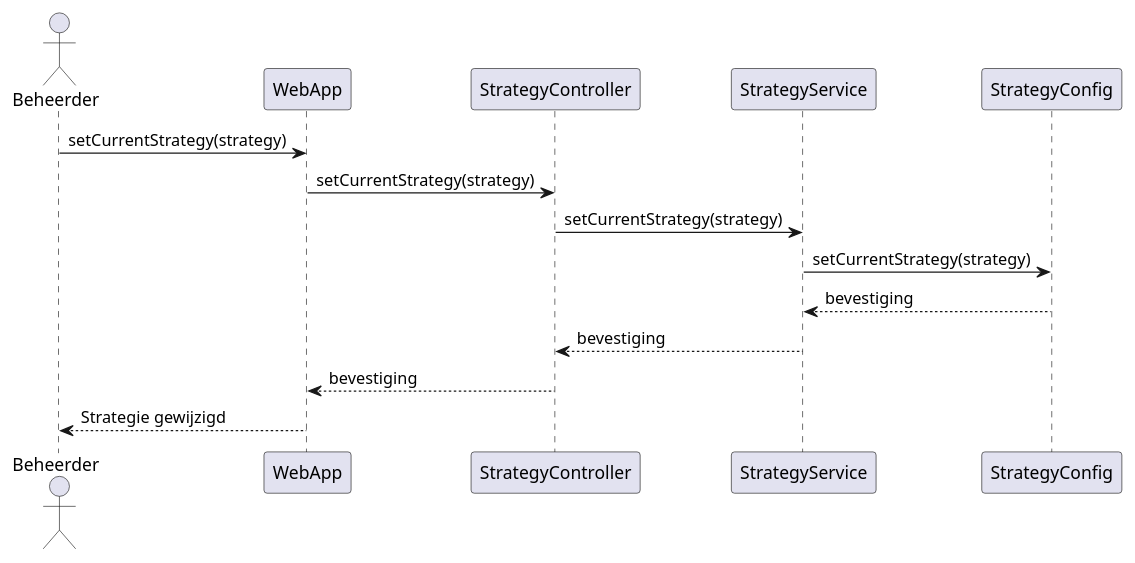
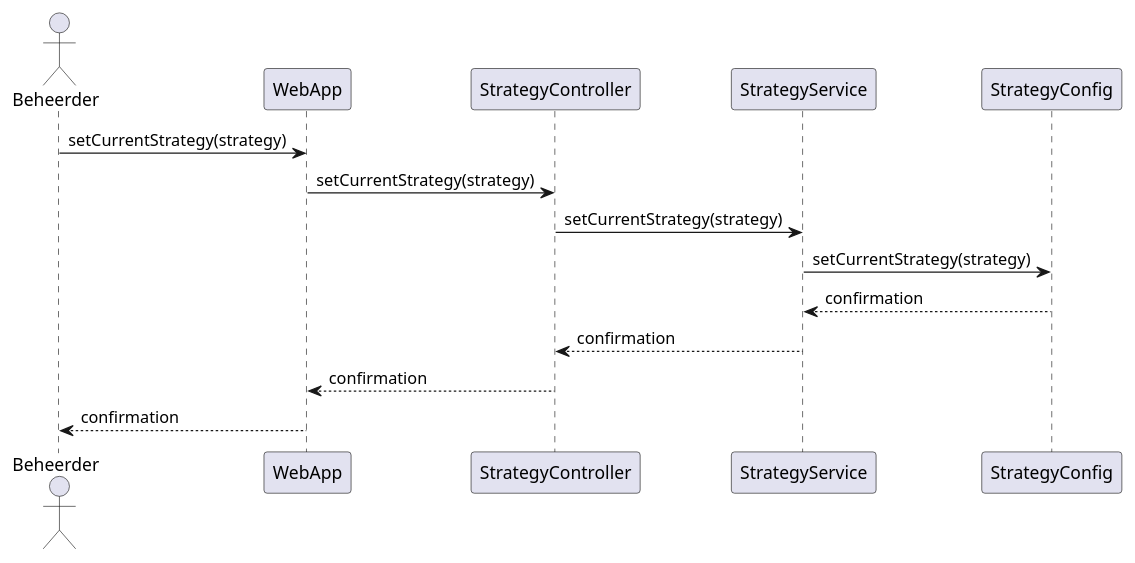
The diagram in diagrammen/sequenceDiagramSwitchAPI.puml (AIM-ENE-feb25/triptop-groep-b2), drawn with PlantUML before and after one commit. The commit also changed 2 other files, not shown here.

```diff
--- a/diagrammen/sequenceDiagramSwitchAPI.puml
+++ b/diagrammen/sequenceDiagramSwitchAPI.puml
@@ -1,16 +1,16 @@
 @startuml
 actor Beheerder
 participant WebApp
 participant StrategyController
 participant StrategyService
 participant StrategyConfig
 
 Beheerder -> WebApp : setCurrentStrategy(strategy)
 WebApp -> StrategyController : setCurrentStrategy(strategy)
 StrategyController -> StrategyService : setCurrentStrategy(strategy)
 StrategyService -> StrategyConfig : setCurrentStrategy(strategy)
-StrategyConfig --> StrategyService : bevestiging
-StrategyService --> StrategyController : bevestiging
-StrategyController --> WebApp : bevestiging
-WebApp --> Beheerder : Strategie gewijzigd
+StrategyConfig --> StrategyService : confirmation
+StrategyService --> StrategyController : confirmation
+StrategyController --> WebApp : confirmation
+WebApp --> Beheerder : confirmation
 @enduml
```
